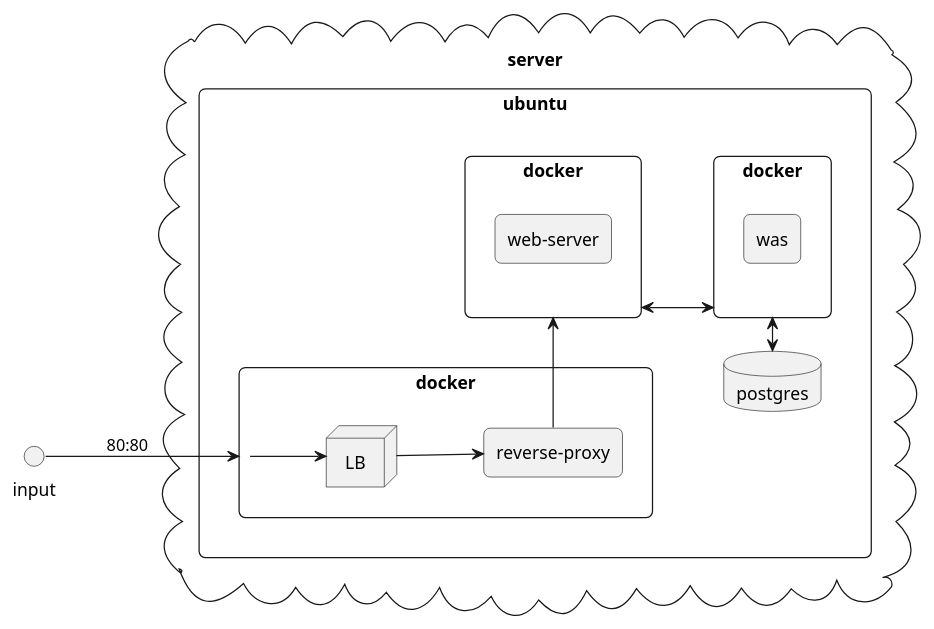
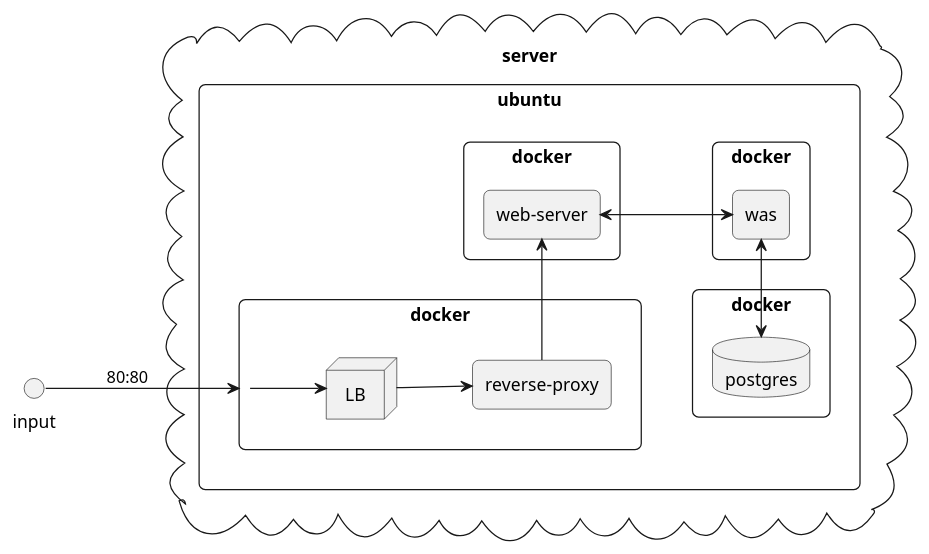
The diagram in docs/system.puml (hiseongmi/CampBears-front), drawn with PlantUML before and after one commit.

Commit message:
서버 구성도? 완료

```diff
--- a/docs/system.puml
+++ b/docs/system.puml
@@ -1,53 +1,58 @@
 @startuml
 left to right direction
 skinparam roundCorner 10
 
 circle input{}
 
 cloud server as server{
     rectangle ubuntu as ubuntu {
-        database postgres as db{
-            }
+
+
 
 
          rectangle docker as was {
         rectangle was as wasApp {
 
         }
          }
           rectangle docker as web {
         rectangle web-server as webApp{
 
         }
           }
+
+          rectangle docker as db{
+                  database postgres as dbApp{
+                      }
+              }
 
 
 
 
         rectangle docker as nginx {
 
                 node LB as LB {
 
                 }
                 rectangle reverse-proxy as reverseProxy {
 
                 }
                 }
 
     }
     input ==> nginx : "80:80"
     nginx ==> LB
     LB ==> reverseProxy
-    reverseProxy =up> web
-    web <==> was
+    reverseProxy =up> webApp
+    webApp <==> wasApp
 
-    was <=> db
+    dbApp <=down> wasApp
 
 
 
 
 
 }
 
 
 @enduml
```
